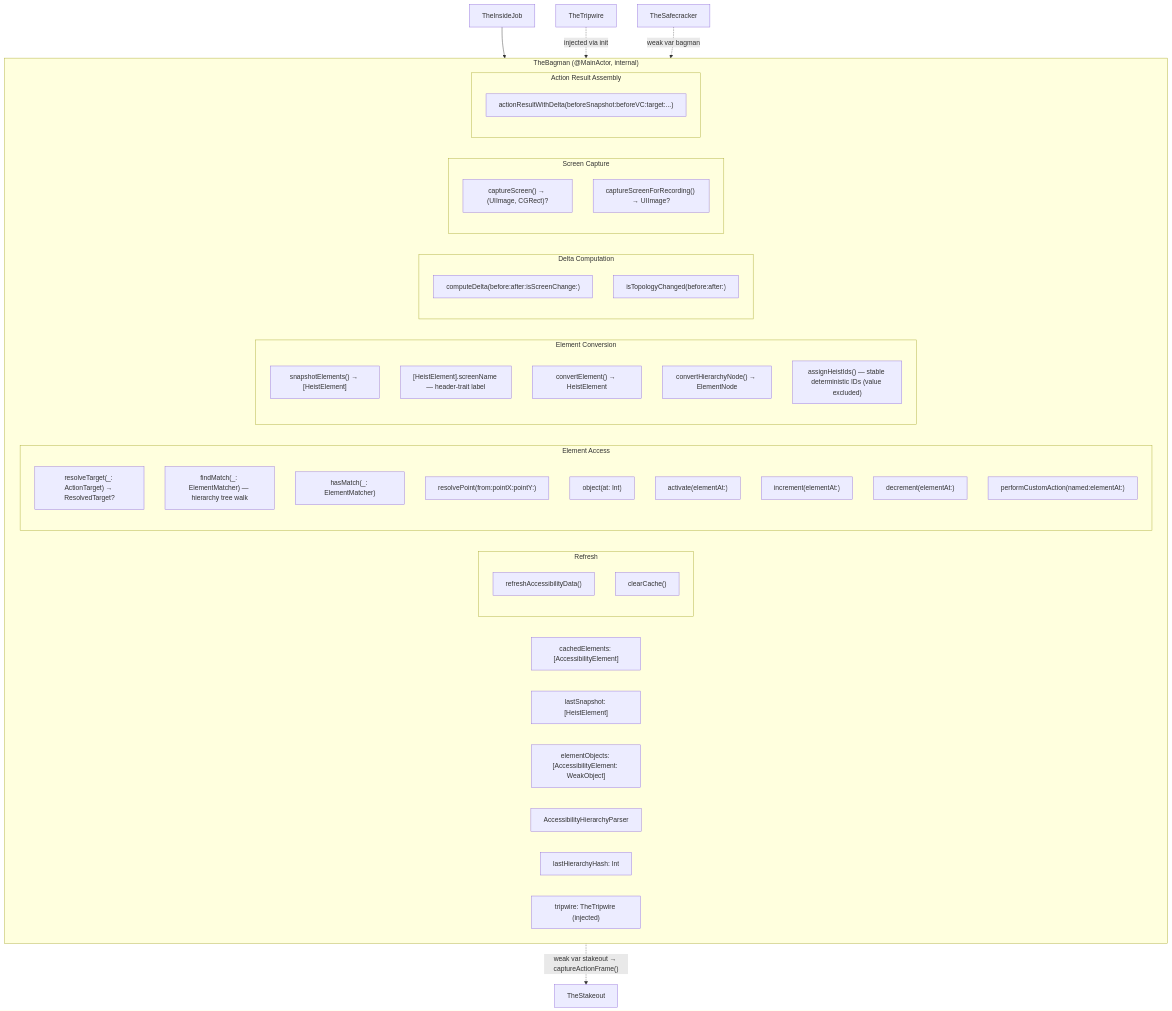
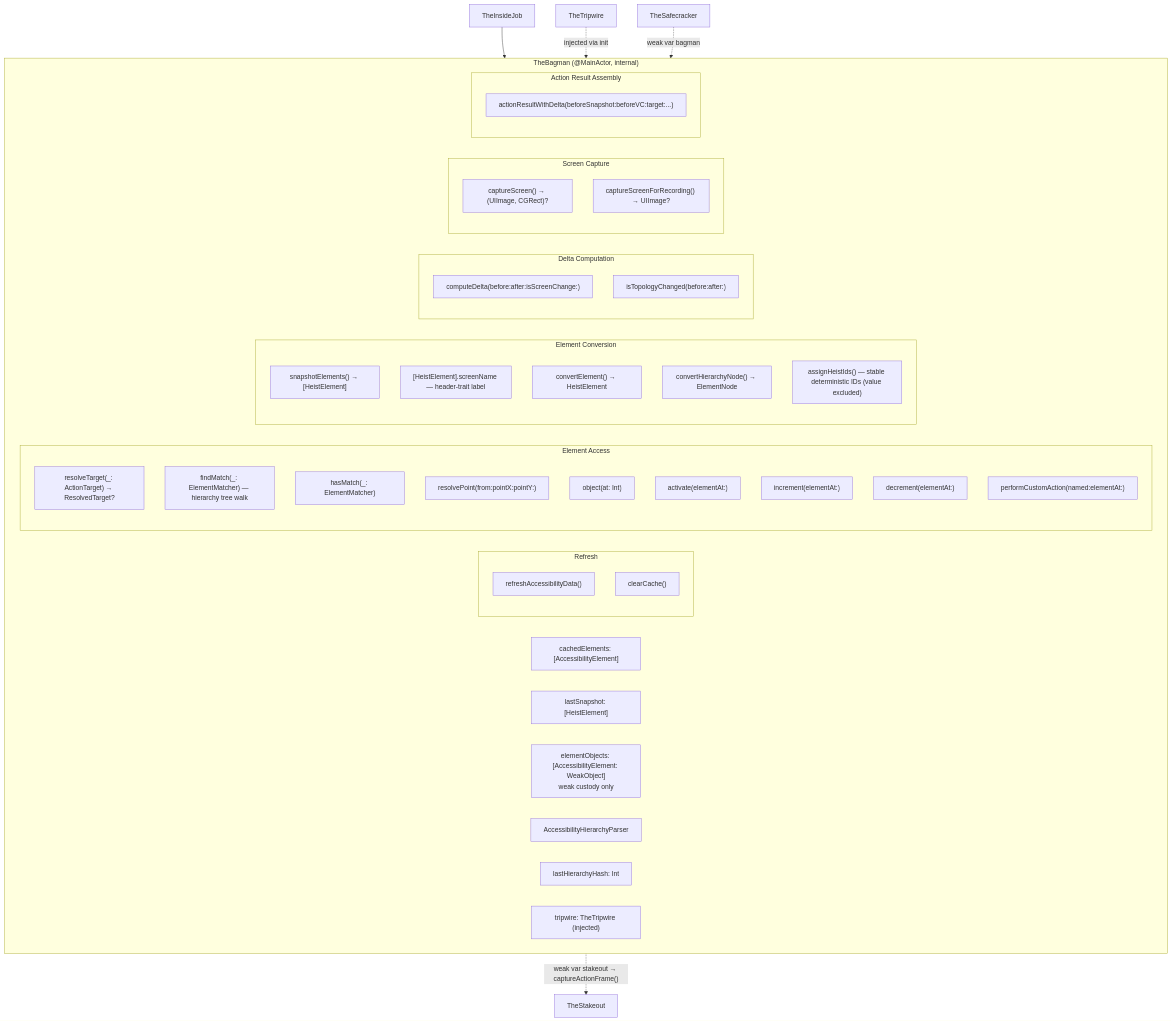
Before and after one commit to RoyalPineapple/TheButtonHeist: the first of 4 diagrams in docs/dossiers/13-THEBAGMAN.md, drawn with Mermaid. The commit also changed other lines of this file and 13 other files, not shown here.

````diff
--- a/docs/dossiers/13-THEBAGMAN.md
+++ b/docs/dossiers/13-THEBAGMAN.md
@@ -25,55 +35,55 @@
 ```mermaid
 graph TD
     subgraph TheBagman["TheBagman (@MainActor, internal)"]
         Cache["cachedElements: [AccessibilityElement]"]
         LastSnap["lastSnapshot: [HeistElement]"]
-        WeakRefs["elementObjects: [AccessibilityElement: WeakObject]"]
+        WeakRefs["elementObjects: [AccessibilityElement: WeakObject]<br/>weak custody only"]
         Parser["AccessibilityHierarchyParser"]
         Hash["lastHierarchyHash: Int"]
         Tripwire["tripwire: TheTripwire (injected)"]
 
         subgraph Refresh["Refresh"]
             RefreshData["refreshAccessibilityData()"]
             ClearCache["clearCache()"]
         end
 
         subgraph ElementAccess["Element Access"]
             ResolveTarget["resolveTarget(_: ActionTarget) → ResolvedTarget?"]
             FindMatch["findMatch(_: ElementMatcher) — hierarchy tree walk"]
             HasMatch["hasMatch(_: ElementMatcher)"]
             ResolvePoint["resolvePoint(from:pointX:pointY:)"]
             ObjectAt["object(at: Int)"]
             Activate["activate(elementAt:)"]
             Increment["increment(elementAt:)"]
             Decrement["decrement(elementAt:)"]
             CustomAction["performCustomAction(named:elementAt:)"]
         end
 
         subgraph Conversion["Element Conversion"]
             Snapshot["snapshotElements() → [HeistElement]"]
             ScreenName["[HeistElement].screenName — header-trait label"]
             Convert["convertElement() → HeistElement"]
             ConvertTree["convertHierarchyNode() → ElementNode"]
             AssignIds["assignHeistIds() — stable deterministic IDs (value excluded)"]
         end
 
         subgraph Delta["Delta Computation"]
             ComputeDelta["computeDelta(before:after:isScreenChange:)"]
             TopoChanged["isTopologyChanged(before:after:)"]
         end
 
         subgraph Screen["Screen Capture"]
             CaptureScreen["captureScreen() → (UIImage, CGRect)?"]
             CaptureRecording["captureScreenForRecording() → UIImage?"]
         end
 
         subgraph ActionResult["Action Result Assembly"]
             ResultDelta["actionResultWithDelta(beforeSnapshot:beforeVC:target:...)"]
         end
     end
 
     TheInsideJob["TheInsideJob"] --> TheBagman
     TheTripwire["TheTripwire"] -.->|injected via init| TheBagman
     TheSafecracker["TheSafecracker"] -.->|weak var bagman| TheBagman
     TheBagman -.->|"weak var stakeout → captureActionFrame()"| TheStakeout["TheStakeout"]
 ```
````
